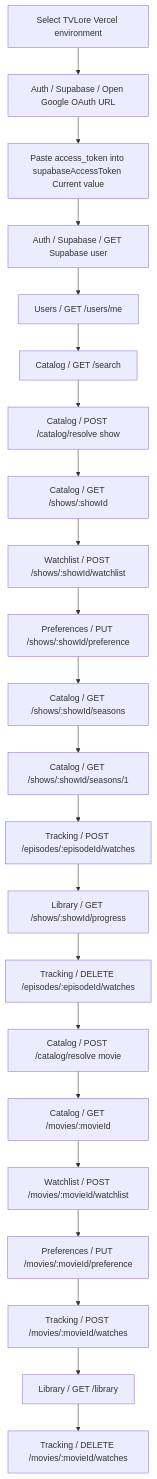
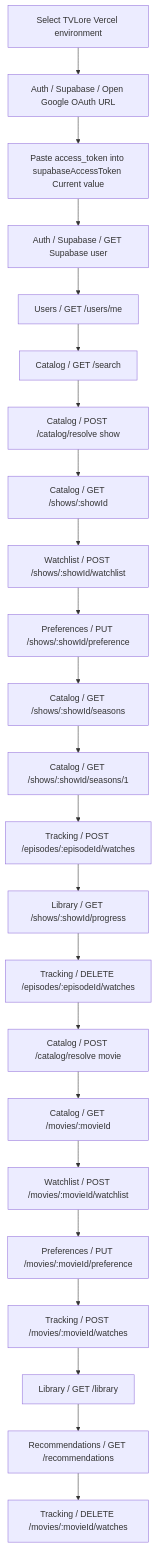
One commit to luiskabal/tvlore changed the ninth of 9 diagrams in docs/current-state.md. Above: the diagram before and after it, drawn with Mermaid. The commit also changed other lines of this file and 21 other files, not shown here.

````diff
--- a/docs/current-state.md
+++ b/docs/current-state.md
@@ -642,47 +645,49 @@
 ```mermaid
 flowchart TB
   Env[Select TVLore Vercel environment]
   Login[Auth / Supabase / Open Google OAuth URL]
   Token[Paste access_token into supabaseAccessToken Current value]
   Validate[Auth / Supabase / GET Supabase user]
   Me[Users / GET /users/me]
   Search[Catalog / GET /search]
   ResolveShow[Catalog / POST /catalog/resolve show]
   Show[Catalog / GET /shows/:showId]
   Seasons[Catalog / GET /shows/:showId/seasons]
   Season[Catalog / GET /shows/:showId/seasons/1]
   EpisodeWatch[Tracking / POST /episodes/:episodeId/watches]
   Progress[Library / GET /shows/:showId/progress]
   EpisodeUnwatch[Tracking / DELETE /episodes/:episodeId/watches]
   ResolveMovie[Catalog / POST /catalog/resolve movie]
   Movie[Catalog / GET /movies/:movieId]
   MovieWatch[Tracking / POST /movies/:movieId/watches]
   ShowWatchlist[Watchlist / POST /shows/:showId/watchlist]
   ShowRating[Preferences / PUT /shows/:showId/preference]
   MovieWatchlist[Watchlist / POST /movies/:movieId/watchlist]
   MovieRating[Preferences / PUT /movies/:movieId/preference]
   Library[Library / GET /library]
+  Recommendations[Recommendations / GET /recommendations]
   MovieUnwatch[Tracking / DELETE /movies/:movieId/watches]
 
   Env --> Login
   Login --> Token
   Token --> Validate
   Validate --> Me
   Me --> Search
   Search --> ResolveShow
   ResolveShow --> Show
   Show --> ShowWatchlist
   ShowWatchlist --> ShowRating
   ShowRating --> Seasons
   Seasons --> Season
   Season --> EpisodeWatch
   EpisodeWatch --> Progress
   Progress --> EpisodeUnwatch
   EpisodeUnwatch --> ResolveMovie
   ResolveMovie --> Movie
   Movie --> MovieWatchlist
   MovieWatchlist --> MovieRating
   MovieRating --> MovieWatch
   MovieWatch --> Library
-  Library --> MovieUnwatch
+  Library --> Recommendations
+  Recommendations --> MovieUnwatch
 ```
````
